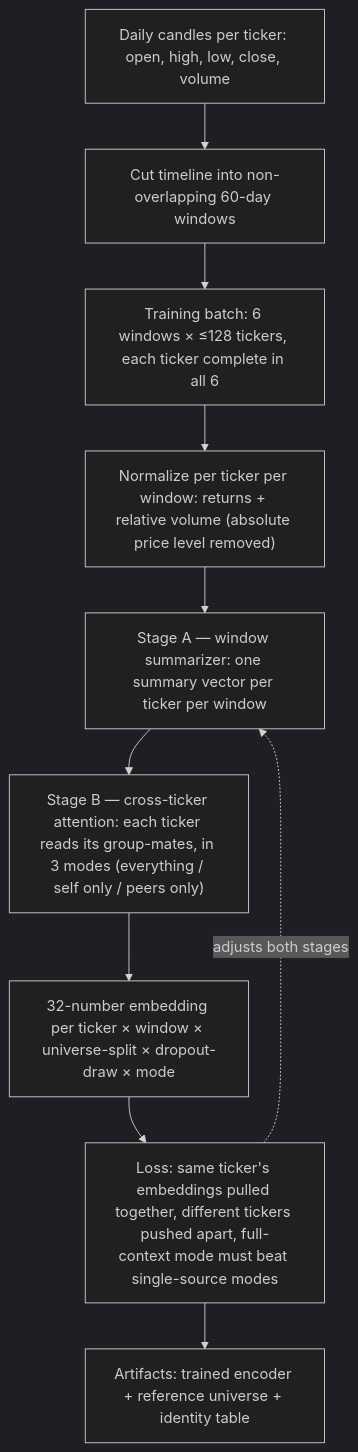
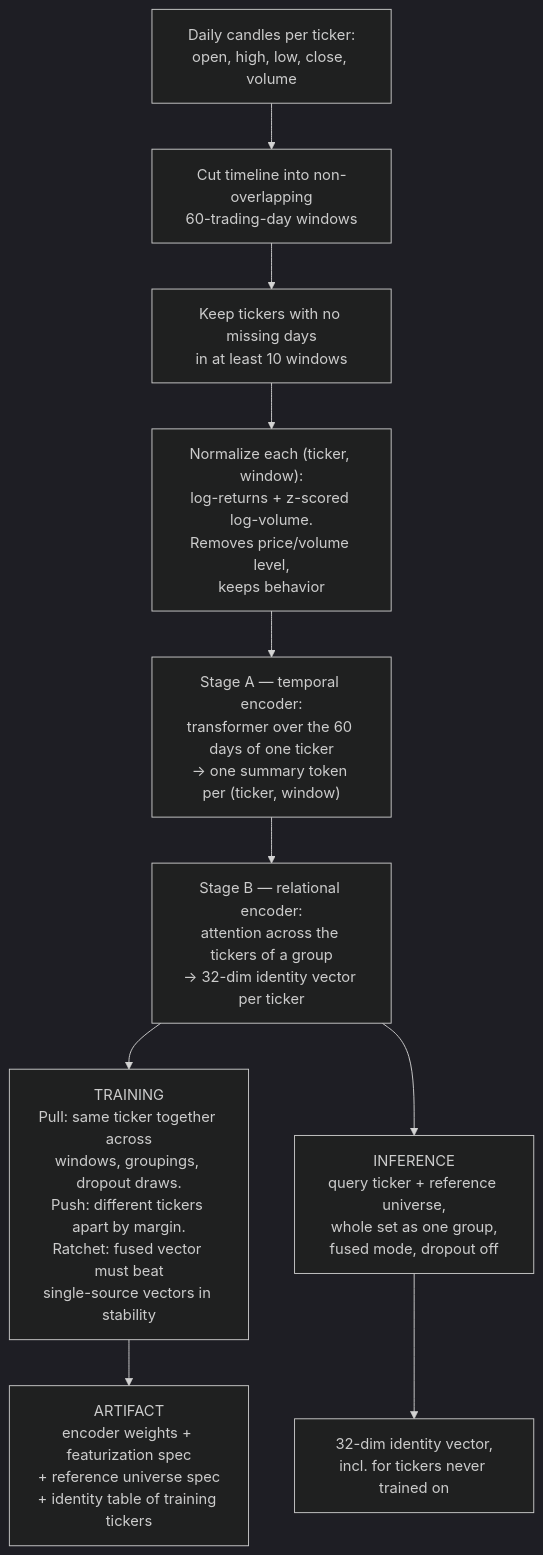
Before and after one commit to hpnyaggerman/stonks: the first of 3 diagrams in stock_identity.md, drawn with Mermaid (dark theme). The commit also changed other lines of this file, not shown here.

Commit message:
Update stock identity doc

````diff
--- a/stock_identity.md
+++ b/stock_identity.md
@@ -11,12 +20,13 @@
 ```mermaid
 flowchart TD
-    RAW["Daily candles per ticker: open, high, low, close, volume"] --> WIN["Cut timeline into non-overlapping 60-day windows"]
-    WIN --> BATCH["Training batch: 6 windows × ≤128 tickers, each ticker complete in all 6"]
-    BATCH --> NORM["Normalize per ticker per window: returns + relative volume (absolute price level removed)"]
-    NORM --> SA["Stage A — window summarizer: one summary vector per ticker per window"]
-    SA --> SB["Stage B — cross-ticker attention: each ticker reads its group-mates, in 3 modes (everything / self only / peers only)"]
-    SB --> EMB["32-number embedding per ticker × window × universe-split × dropout-draw × mode"]
-    EMB --> LOSS["Loss: same ticker's embeddings pulled together, different tickers pushed apart, full-context mode must beat single-source modes"]
-    LOSS -. adjusts both stages .-> SA
-    LOSS --> ART["Artifacts: trained encoder + reference universe + identity table"]
+    raw["Daily candles per ticker:<br>open, high, low, close, volume"]
+    raw --> cut["Cut timeline into non-overlapping<br>60-trading-day windows"]
+    cut --> elig["Keep tickers with no missing days<br>in at least 10 windows"]
+    elig --> norm["Normalize each (ticker, window):<br>log-returns + z-scored log-volume.<br>Removes price/volume level,<br>keeps behavior"]
+    norm --> stageA["Stage A — temporal encoder:<br>transformer over the 60 days of one ticker<br>→ one summary token per (ticker, window)"]
+    stageA --> stageB["Stage B — relational encoder:<br>attention across the tickers of a group<br>→ 32-dim identity vector per ticker"]
+    stageB --> train["TRAINING<br>Pull: same ticker together across<br>windows, groupings, dropout draws.<br>Push: different tickers apart by margin.<br>Ratchet: fused vector must beat<br>single-source vectors in stability"]
+    stageB --> infer["INFERENCE<br>query ticker + reference universe,<br>whole set as one group,<br>fused mode, dropout off"]
+    train --> artifact["ARTIFACT<br>encoder weights + featurization spec<br>+ reference universe spec<br>+ identity table of training tickers"]
+    infer --> vec["32-dim identity vector,<br>incl. for tickers never trained on"]
 ```
````
